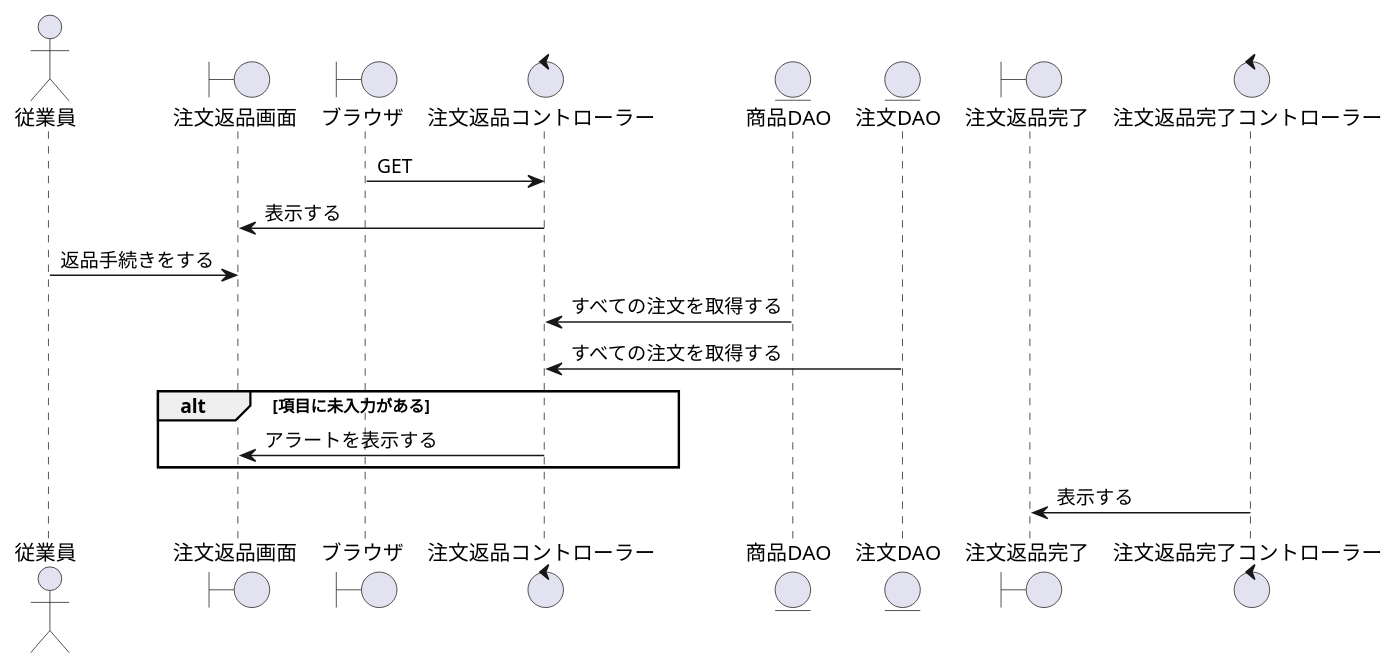
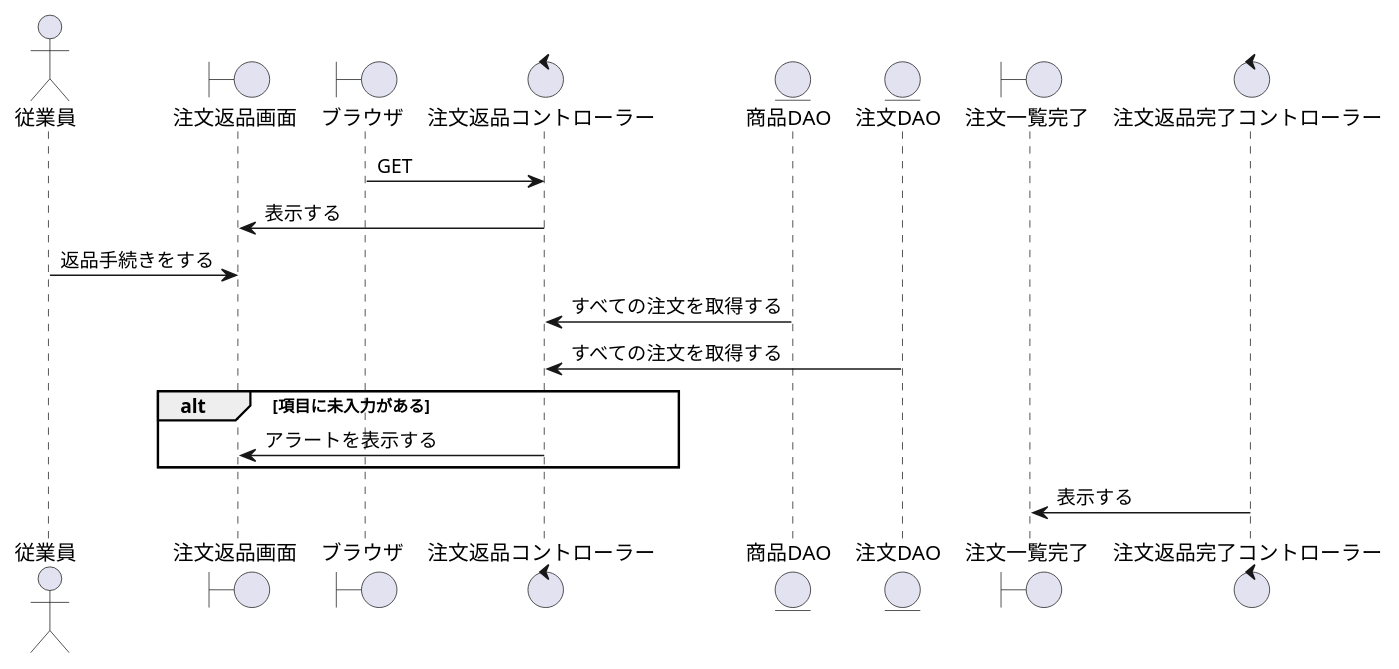
One commit to ysyk-wtnb16/team_D changed the diagram in BBショップ/返品.wsd. Above: the diagram before and after it, drawn with PlantUML.

Commit message:
できました。

```diff
--- a/BBショップ/返品.wsd
+++ b/BBショップ/返品.wsd
@@ -1,32 +1,32 @@
 @startuml return
 ' ①縦軸の並び順を決める
 actor "従業員" as act
 boundary "注文返品画面" as orb
 ' コントローラーに初回アクセスするもの
 boundary "ブラウザ" as brz
 ' コントローラーまたはビューの名称を決める
 control "注文返品コントローラー" as orc
 ' DAOまたはモデルとなる
 entity "商品DAO" as pdt
 entity "注文DAO" as order
 
-boundary "注文返品完了" as orkb
+boundary "注文一覧完了" as orkb
 control "注文返品完了コントローラー" as orkc
 
 brz -> orc: GET
 
 orb <- orc:表示する
 
 act -> orb:返品手続きをする
 
 orc <- pdt:すべての注文を取得する
 orc <- order:すべての注文を取得する
 
 alt 項目に未入力がある
     orb <- orc:アラートを表示する
 end
 
 
 orkb <- orkc:表示する
 
 @enduml
```
